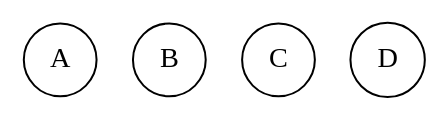
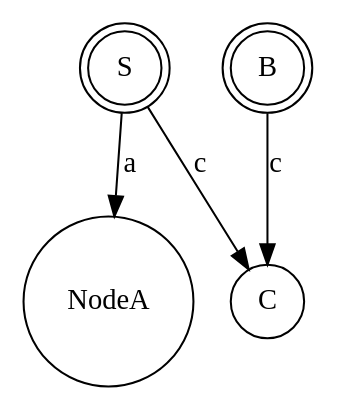
Before and after one commit to fnmartinez/TLATPE: the diagram in out.dot, drawn with Graphviz. The commit also changed 9 other files, not shown here.

```diff
--- a/out.dot
+++ b/out.dot
@@ -1,6 +1,8 @@
 digraph{
-node[shape=circle] NodeA [label="A"];
-node[shape=circle] NodeB [label="B"];
+node[shape=doublecircle] NodeS [label="S"];
+node[shape=doublecircle] NodeB [label="B"];
 node[shape=circle] NodeC [label="C"];
-node[shape=circle] NodeD [label="D"];
+NodeS->NodeA [label="a"];
+NodeB->NodeC [label="c"];
+NodeS->NodeC [label="c"];
 }
```
